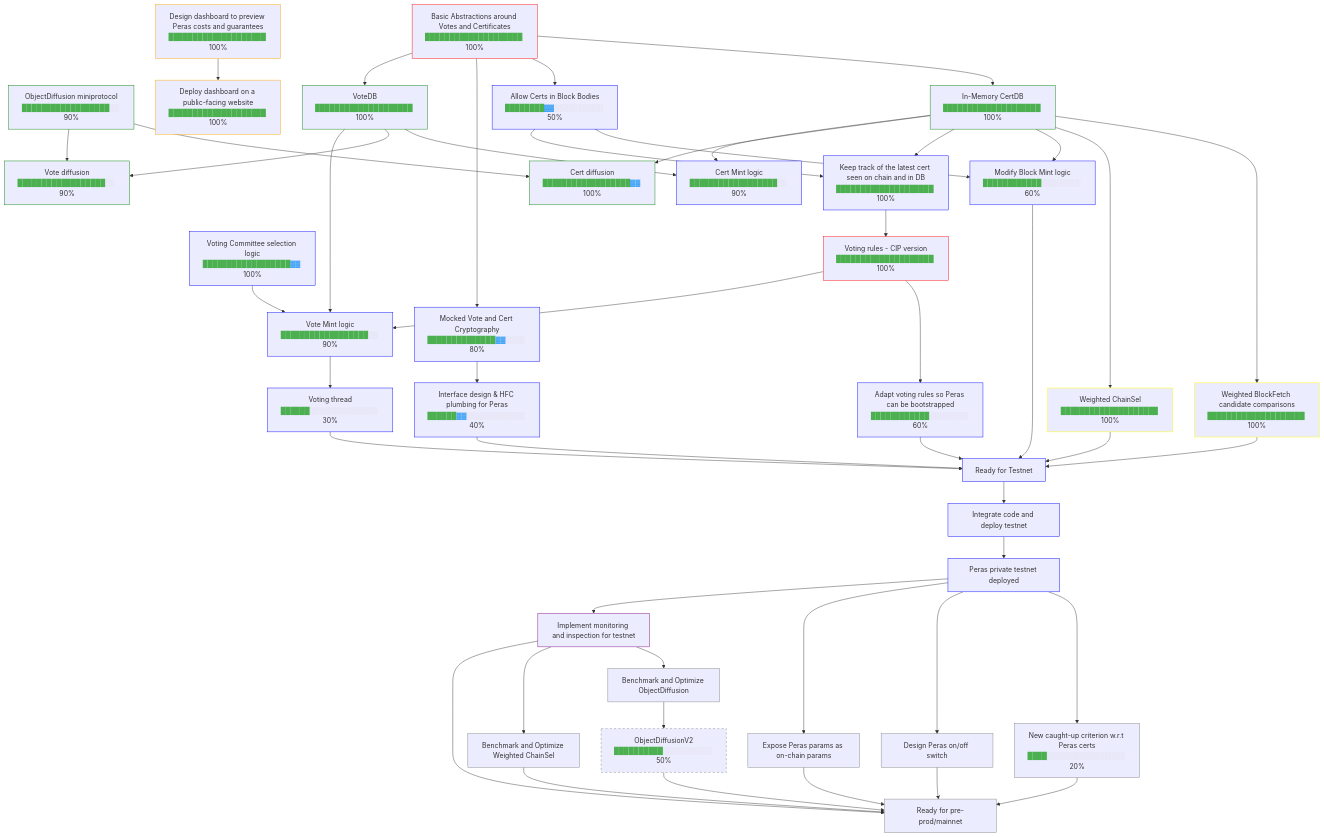
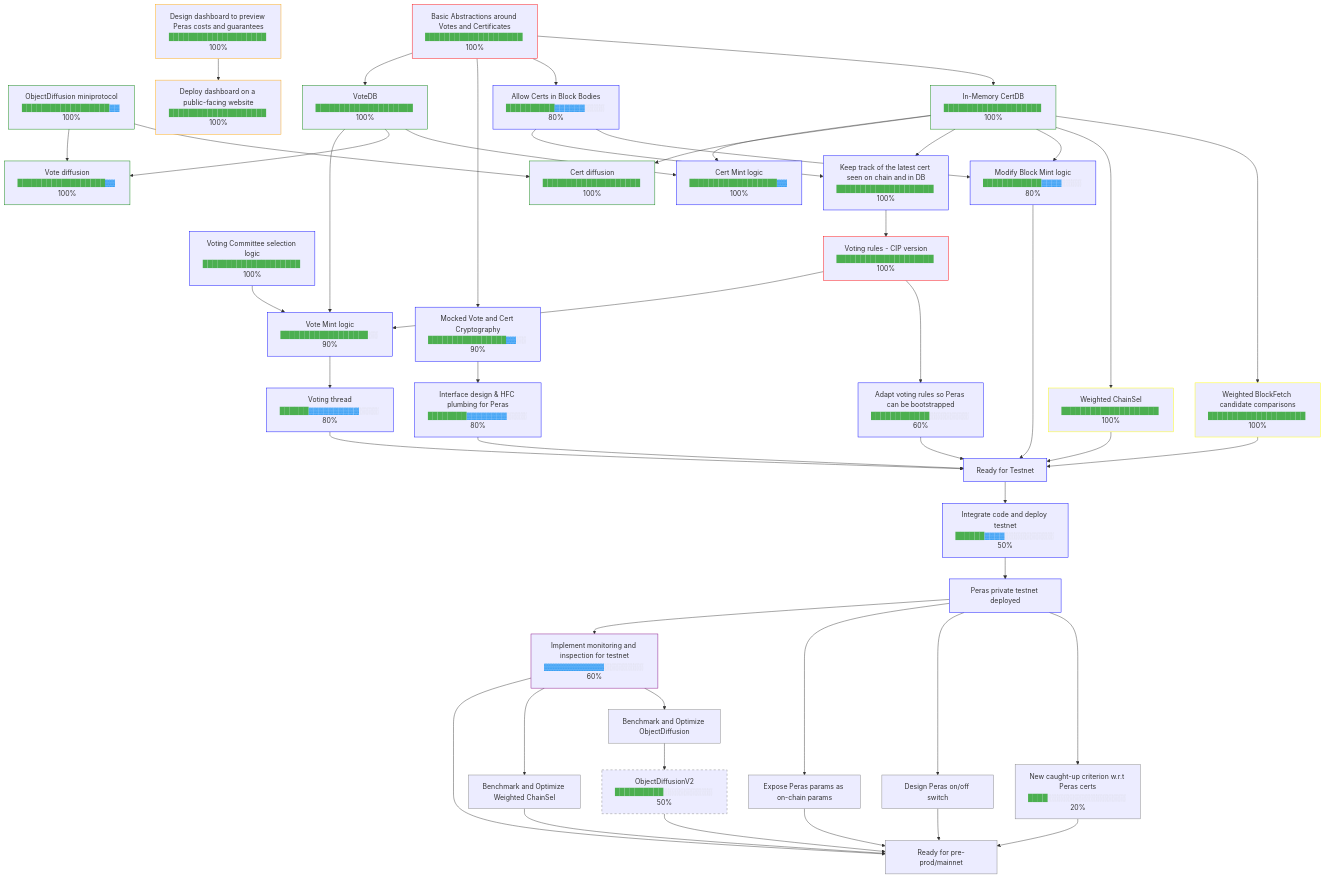
Before and after one commit to tweag/cardano-peras: the diagram in docs/roadmap.md, drawn with Mermaid. The commit also changed 1 other file, not shown here.

Commit message:
june progress

```diff
--- a/docs/roadmap.md
+++ b/docs/roadmap.md
@@ -3,10 +3,10 @@
   BasicAbstr["Basic Abstractions around Votes and Certificates<br/><span style="color:#4caf50">████████████████████</span> 100%"]
   style BasicAbstr stroke:red
 
-  ObjectDiffusion["ObjectDiffusion miniprotocol<br/><span style="color:#4caf50">██████████████████</span><span style="color:#ccc">░░</span> 90%"]
+  ObjectDiffusion["ObjectDiffusion miniprotocol<br/><span style="color:#4caf50">██████████████████</span><span style="color:#2196f3">▓▓</span> 100%"]
   style ObjectDiffusion stroke:green
 
-  VotingCommittee["Voting Committee selection logic<br/><span style="color:#4caf50">██████████████████</span><span style="color:#2196f3">▓▓</span> 100%"]
+  VotingCommittee["Voting Committee selection logic<br/><span style="color:#4caf50">████████████████████</span> 100%"]
   style VotingCommittee stroke:blue
 
   Dashboard["Design dashboard to preview Peras costs and guarantees<br/><span style="color:#4caf50">████████████████████</span> 100%"]
@@ -16,7 +16,7 @@
   style CertDB stroke:green
   BasicAbstr --> CertDB
 
-  CertsInBlocks["Allow Certs in Block Bodies<br/><span style="color:#4caf50">████████</span><span style="color:#2196f3">▓▓</span><span style="color:#ccc">░░░░░░░░░░</span> 50%"]
+  CertsInBlocks["Allow Certs in Block Bodies<br/><span style="color:#4caf50">██████████</span><span style="color:#2196f3">▓▓▓▓▓▓</span><span style="color:#ccc">░░░░</span> 80%"]
   style CertsInBlocks stroke:blue
   BasicAbstr --> CertsInBlocks
 
@@ -24,11 +24,11 @@
   style DeployDashboard stroke:orange
   Dashboard --> DeployDashboard
 
-  HFCPlumbing["Interface design & HFC plumbing for Peras<br/><span style="color:#4caf50">██████</span><span style="color:#2196f3">▓▓</span><span style="color:#ccc">░░░░░░░░░░░░</span> 40%"]
+  HFCPlumbing["Interface design & HFC plumbing for Peras<br/><span style="color:#4caf50">████████</span><span style="color:#2196f3">▓▓▓▓▓▓▓▓</span><span style="color:#ccc">░░░░</span> 80%"]
   style HFCPlumbing stroke:blue
   MockedCrypto --> HFCPlumbing
 
-  MockedCrypto["Mocked Vote and Cert Cryptography<br/><span style="color:#4caf50">██████████████</span><span style="color:#2196f3">▓▓</span><span style="color:#ccc">░░░░</span> 80%"]
+  MockedCrypto["Mocked Vote and Cert Cryptography<br/><span style="color:#4caf50">████████████████</span><span style="color:#2196f3">▓▓</span><span style="color:#ccc">░░</span> 90%"]
   style MockedCrypto stroke:blue
   BasicAbstr --> MockedCrypto
 
@@ -44,7 +44,7 @@
   style WeightedChainSel stroke:yellow
   CertDB --> WeightedChainSel
 
-  BlockMint["Modify Block Mint logic<br/><span style="color:#4caf50">████████████</span><span style="color:#ccc">░░░░░░░░</span> 60%"]
+  BlockMint["Modify Block Mint logic<br/><span style="color:#4caf50">████████████</span><span style="color:#2196f3">▓▓▓▓</span><span style="color:#ccc">░░░░</span> 80%"]
   style BlockMint stroke:blue
   CertDB --> BlockMint
   CertsInBlocks --> BlockMint
@@ -58,7 +58,7 @@
   style VotingRules stroke:red
   KeepTrackLastCert --> VotingRules
 
-  CertDiffusion["Cert diffusion<br/><span style="color:#4caf50">██████████████████</span><span style="color:#2196f3">▓▓</span> 100%"]
+  CertDiffusion["Cert diffusion<br/><span style="color:#4caf50">████████████████████</span> 100%"]
   style CertDiffusion stroke:green
   CertDB --> CertDiffusion
   ObjectDiffusion --> CertDiffusion
@@ -67,12 +67,12 @@
   style CaughtUpCriterion stroke:grey
   Testnet --> CaughtUpCriterion
 
-  CertMint["Cert Mint logic<br/><span style="color:#4caf50">██████████████████</span><span style="color:#ccc">░░</span> 90%"]
+  CertMint["Cert Mint logic<br/><span style="color:#4caf50">██████████████████</span><span style="color:#2196f3">▓▓</span> 100%"]
   style CertMint stroke:blue
   CertDB --> CertMint
   VoteDB --> CertMint
 
-  VoteDiffusion["Vote diffusion<br/><span style="color:#4caf50">██████████████████</span><span style="color:#ccc">░░</span> 90%"]
+  VoteDiffusion["Vote diffusion<br/><span style="color:#4caf50">██████████████████</span><span style="color:#2196f3">▓▓</span> 100%"]
   style VoteDiffusion stroke:green
   ObjectDiffusion --> VoteDiffusion
   VoteDB --> VoteDiffusion
@@ -87,7 +87,7 @@
   VotingCommittee --> VoteMint
   VotingRules --> VoteMint
 
-  VotingThread["Voting thread<br/><span style="color:#4caf50">██████</span><span style="color:#ccc">░░░░░░░░░░░░░░</span> 30%"]
+  VotingThread["Voting thread<br/><span style="color:#4caf50">██████</span><span style="color:#2196f3">▓▓▓▓▓▓▓▓▓▓</span><span style="color:#ccc">░░░░</span> 80%"]
   style VotingThread stroke:blue
   VoteMint --> VotingThread
 
@@ -104,7 +104,7 @@
   WeightedChainSel --> ReadyForTestnet
   VotingThread --> ReadyForTestnet
 
-  Deploy["Integrate code and deploy testnet"]
+  Deploy["Integrate code and deploy testnet<br/><span style="color:#4caf50">██████</span><span style="color:#2196f3">▓▓▓▓</span><span style="color:#ccc">░░░░░░░░░░</span> 50%"]
   style Deploy stroke:blue
   ReadyForTestnet --> Deploy
 
@@ -116,7 +116,7 @@
   style ExposeParams stroke:grey
   Testnet --> ExposeParams
 
-  Monitoring["Implement monitoring and inspection for testnet"]
+  Monitoring["Implement monitoring and inspection for testnet<br/><span style="color:#2196f3">▓▓▓▓▓▓▓▓▓▓▓▓</span><span style="color:#ccc">░░░░░░░░</span> 60%"]
   style Monitoring stroke:purple
   Testnet --> Monitoring
 
```
